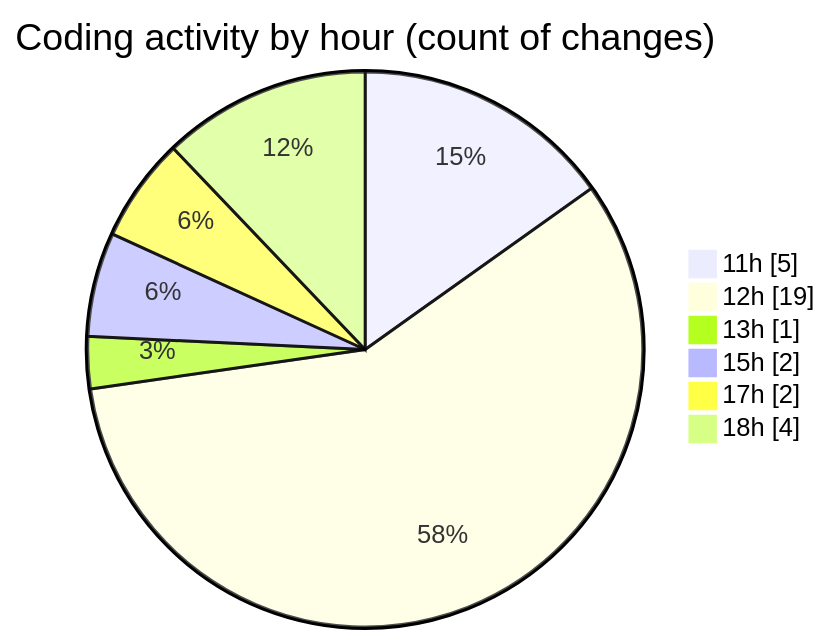
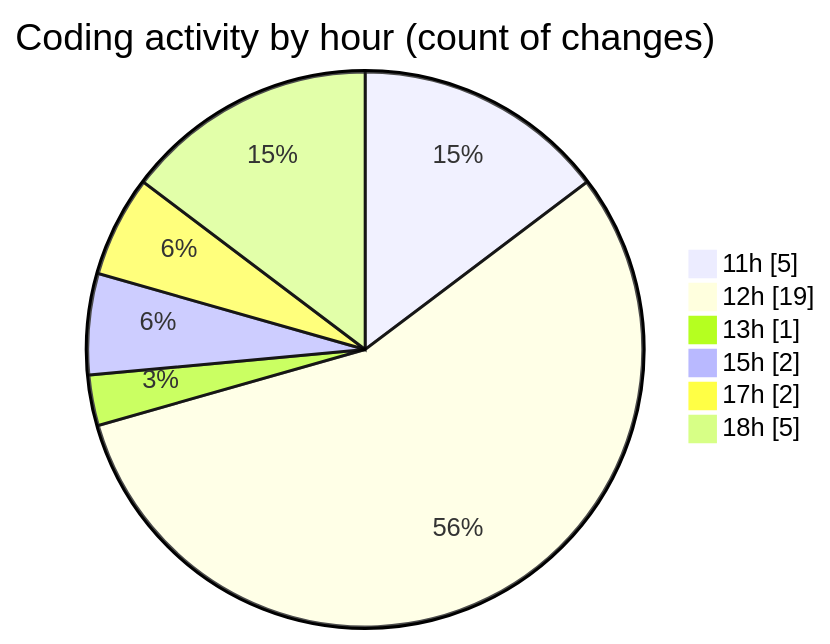
Before and after one commit to nxtqubesakshisongat/code-tracking: the second of 2 diagrams in 2026-01-21/nxtqube_webapp/README.md, drawn with Mermaid. The commit also changed other lines of this file and 1 other file, not shown here.

````diff
--- a/2026-01-21/nxtqube_webapp/README.md
+++ b/2026-01-21/nxtqube_webapp/README.md
@@ -43,10 +44,10 @@
 ```mermaid
 pie showData
 title Coding activity by hour (count of changes)
 "11h" : 5
 "12h" : 19
 "13h" : 1
 "15h" : 2
 "17h" : 2
-"18h" : 4
+"18h" : 5
 ```
````
